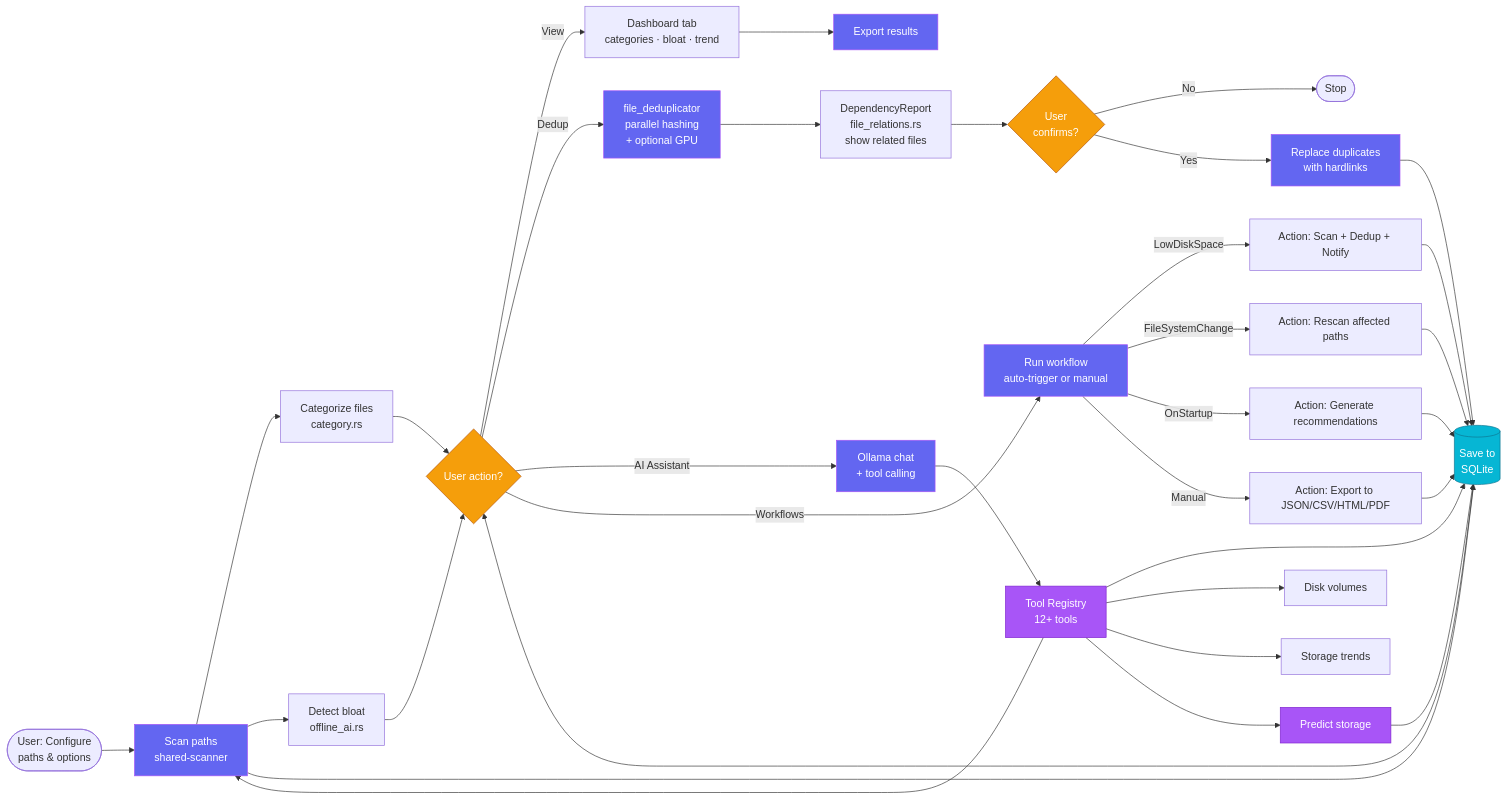
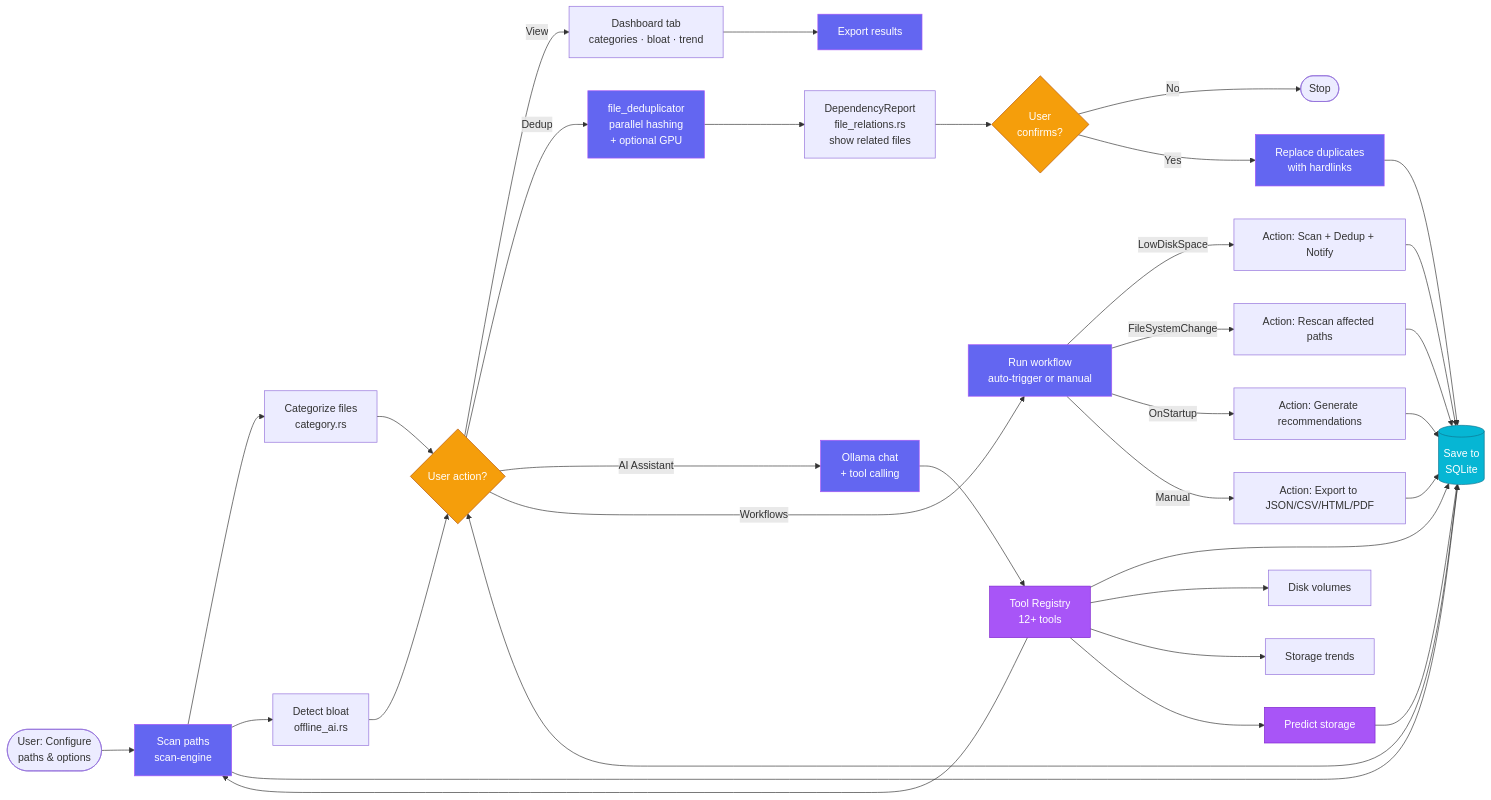
One commit to ogneocortext/space-analyzer-pro changed the diagram in assets/diagrams/workflow.md. Above: the diagram before and after it, drawn with Mermaid. The commit also changed 117 other files, not shown here.

````diff
--- a/assets/diagrams/workflow.md
+++ b/assets/diagrams/workflow.md
@@ -1,49 +1,49 @@
 ```mermaid
 flowchart LR
-    Start([User: Configure<br/>paths & options]) --> Scan[Scan paths<br/>shared-scanner]
+    Start([User: Configure<br/>paths & options]) --> Scan[Scan paths<br/>scan-engine]
     Scan --> Cat[Categorize files<br/>category.rs]
     Scan --> Bloat[Detect bloat<br/>offline_ai.rs]
     Scan --> History[(Save to<br/>SQLite)]
     Cat --> Analyze{User action?}
     Bloat --> Analyze
     History --> Analyze
 
     Analyze -->|View| Dashboard[Dashboard tab<br/>categories · bloat · trend]
     Analyze -->|Dedup| FindDup[file_deduplicator<br/>parallel hashing<br/>+ optional GPU]
     FindDup --> Preview[DependencyReport<br/>file_relations.rs<br/>show related files]
     Preview --> Confirm{User<br/>confirms?}
     Confirm -->|No| Stop([Stop])
     Confirm -->|Yes| Hardlink[Replace duplicates<br/>with hardlinks]
     Hardlink --> History
 
     Analyze -->|AI Assistant| Chat[Ollama chat<br/>+ tool calling]
     Chat --> Tools[Tool Registry<br/>12+ tools]
     Tools --> Scan
     Tools --> History
     Tools --> Volumes[Disk volumes]
     Tools --> Trends[Storage trends]
     Tools --> Pred[Predict storage]
 
     Analyze -->|Workflows| WF[Run workflow<br/>auto-trigger or manual]
     WF -->|LowDiskSpace| Action1[Action: Scan + Dedup + Notify]
     WF -->|FileSystemChange| Action2[Action: Rescan affected paths]
     WF -->|OnStartup| Action3[Action: Generate recommendations]
     WF -->|Manual| Action4[Action: Export to JSON/CSV/HTML/PDF]
 
     Dashboard --> Export[Export results]
     Action1 --> History
     Action2 --> History
     Action3 --> History
     Action4 --> History
     Pred --> History
 
     classDef action fill:#6366f1,stroke:#a855f7,color:#fff
     classDef storage fill:#06b6d4,stroke:#0e7490,color:#fff
     classDef decision fill:#f59e0b,stroke:#b45309,color:#fff
     classDef ai fill:#a855f7,stroke:#7e22ce,color:#fff
 
     class Scan,FindDup,Hardlink,Chat,WF,Export action
     class History storage
     class Analyze,Confirm decision
     class Tools,Pred ai
 ```
````
